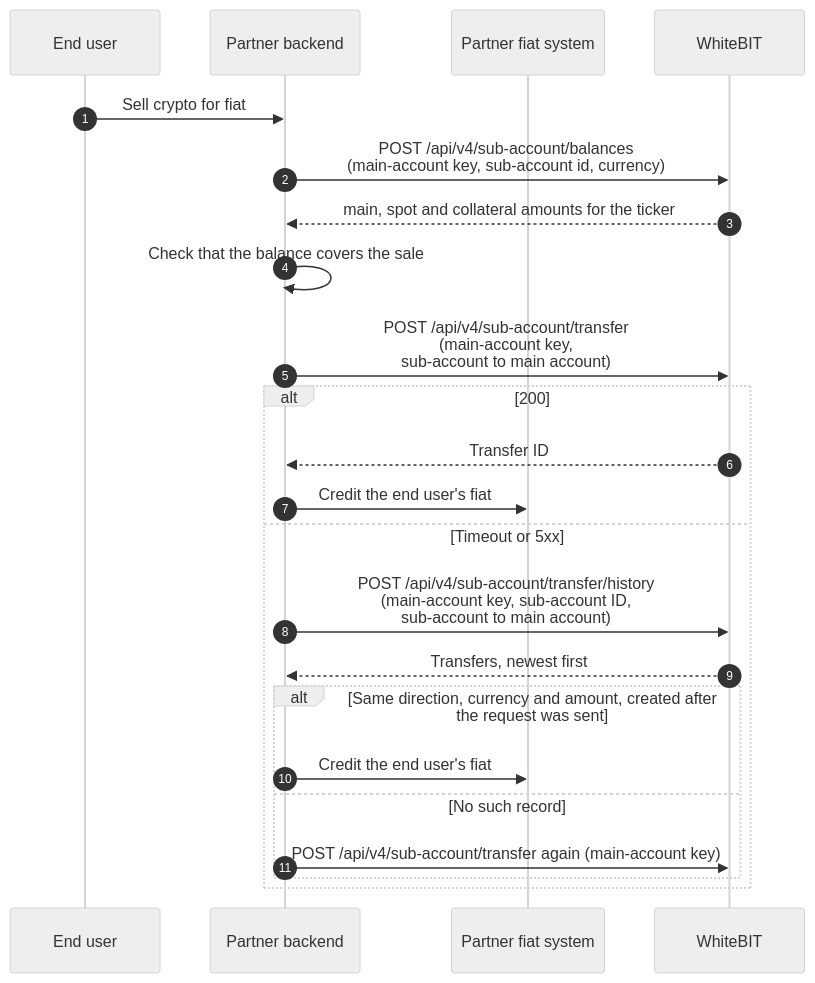
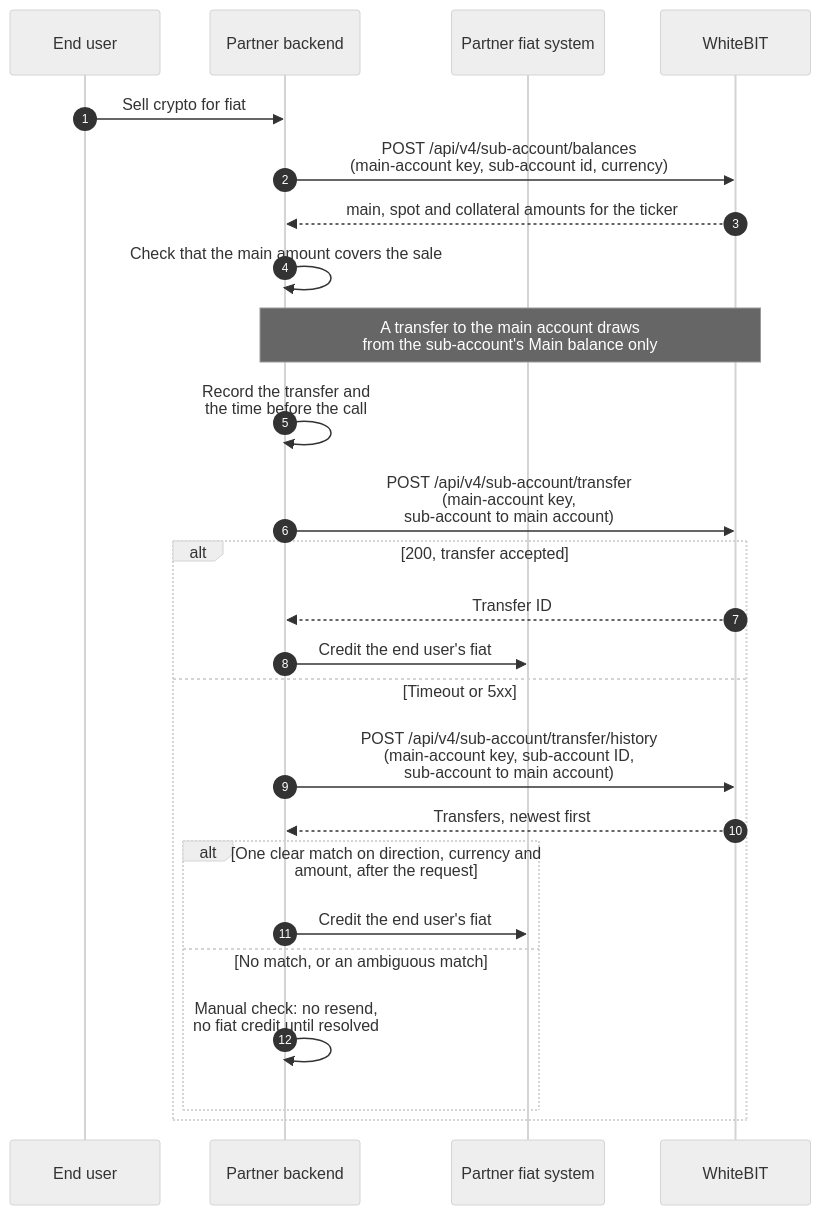
One commit to whitebit-exchange/docs changed the fourth of 5 diagrams in guides/waas-integration.mdx. Above: the diagram before and after it, drawn with Mermaid (neutral theme). The commit also changed other lines of this file and 20 other files, not shown here.

First line of the commit message:
docs(api): mark transfers accepted, not settled

````diff
--- a/guides/waas-integration.mdx
+++ b/guides/waas-integration.mdx
@@ -214,26 +223,28 @@
 ```mermaid
 sequenceDiagram
     autonumber
     participant U as End user
     participant P as Partner backend
     participant F as Partner fiat system
     participant W as WhiteBIT
 
     U->>P: Sell crypto for fiat
     P->>W: POST /api/v4/sub-account/balances<br/>(main-account key, sub-account id, currency)
     W-->>P: main, spot and collateral amounts for the ticker
-    P->>P: Check that the balance covers the sale
+    P->>P: Check that the main amount covers the sale
+    Note over P,W: A transfer to the main account draws<br/>from the sub-account's Main balance only
+    P->>P: Record the transfer and<br/>the time before the call
     P->>W: POST /api/v4/sub-account/transfer<br/>(main-account key,<br/>sub-account to main account)
-    alt 200
+    alt 200, transfer accepted
         W-->>P: Transfer ID
         P->>F: Credit the end user's fiat
     else Timeout or 5xx
         P->>W: POST /api/v4/sub-account/transfer/history<br/>(main-account key, sub-account ID,<br/>sub-account to main account)
         W-->>P: Transfers, newest first
-        alt Same direction, currency and amount, created after the request was sent
+        alt One clear match on direction, currency and amount, after the request
             P->>F: Credit the end user's fiat
-        else No such record
-            P->>W: POST /api/v4/sub-account/transfer again (main-account key)
+        else No match, or an ambiguous match
+            P->>P: Manual check: no resend,<br/>no fiat credit until resolved
         end
     end
 ```
````
